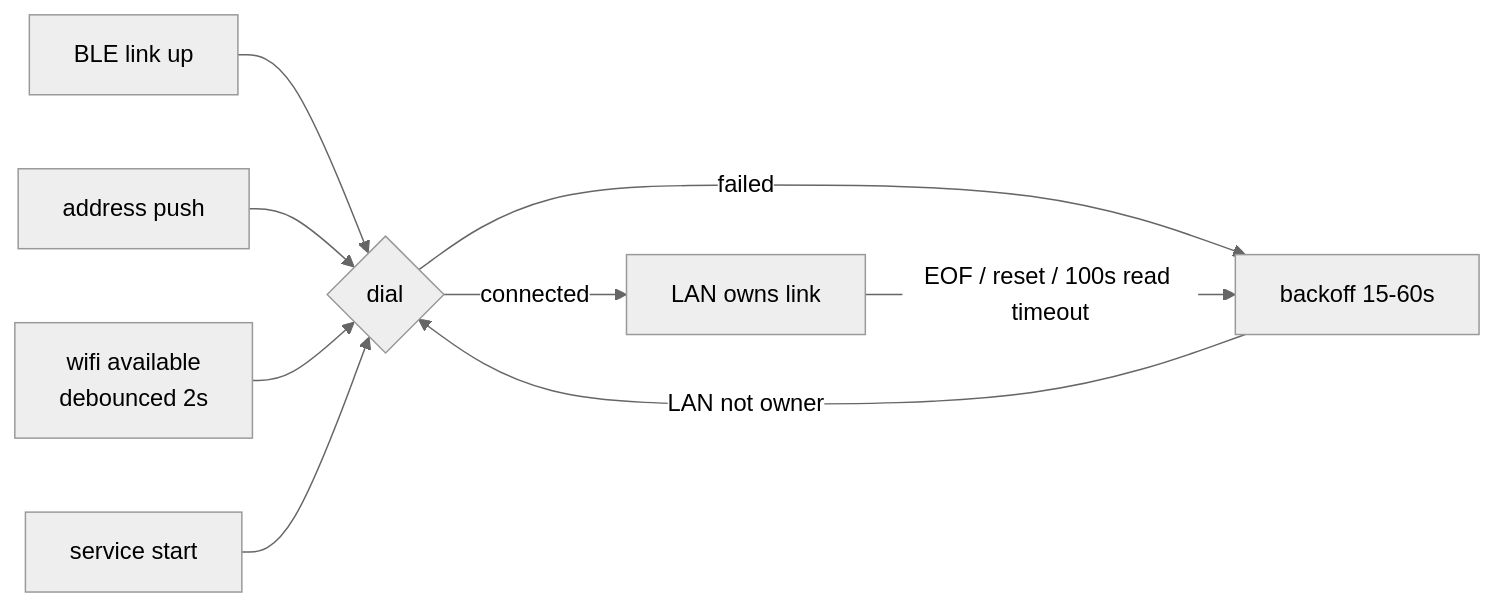
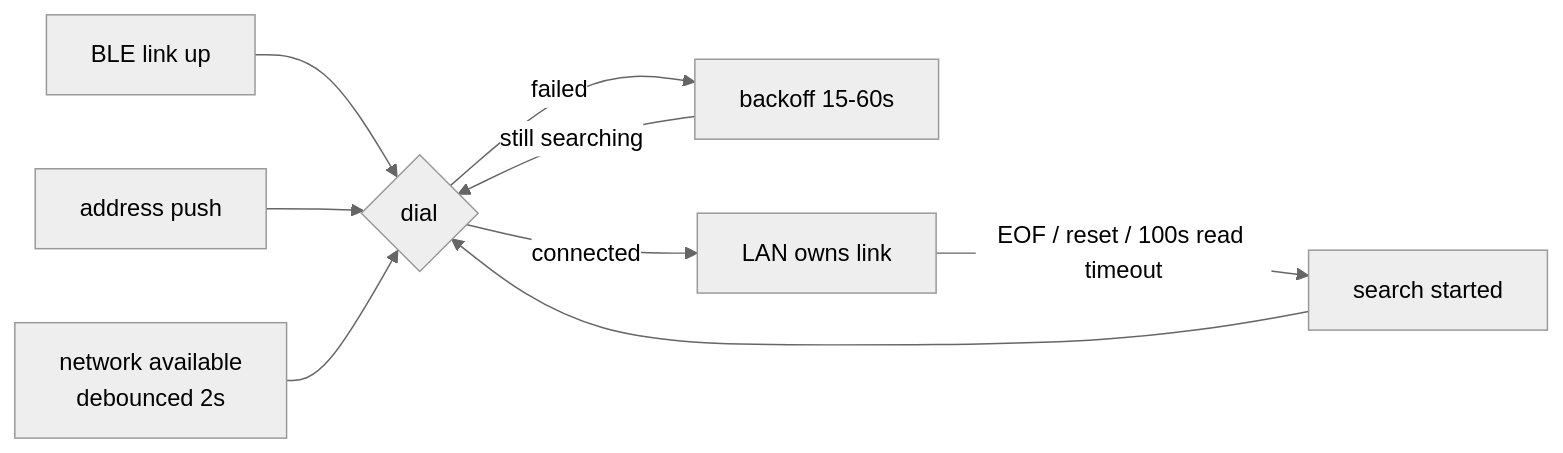
One commit to PetePeter/helm changed the fifth of 6 diagrams in docs/mobile-lan-transport.md. Above: the diagram before and after it, drawn with Mermaid (neutral theme). The commit also changed other lines of this file and 15 other files, not shown here.

````diff
--- a/docs/mobile-lan-transport.md
+++ b/docs/mobile-lan-transport.md
@@ -341,11 +344,11 @@
 ```mermaid
 flowchart LR
     BLE[BLE link up] --> D{dial}
     PUSH[address push] --> D
-    NET[wifi available<br/>debounced 2s] --> D
-    SVC[service start] --> D
-    RETRY[backoff 15-60s] -->|LAN not owner| D
+    NET[network available<br/>debounced 2s] --> D
+    SEARCH[search started] --> D
+    RETRY[backoff 15-60s] -->|still searching| D
     D -->|connected| LAN[LAN owns link]
     D -->|failed| RETRY
-    LAN -->|EOF / reset / 100s read timeout| RETRY
+    LAN -->|EOF / reset / 100s read timeout| SEARCH
 ```
````
